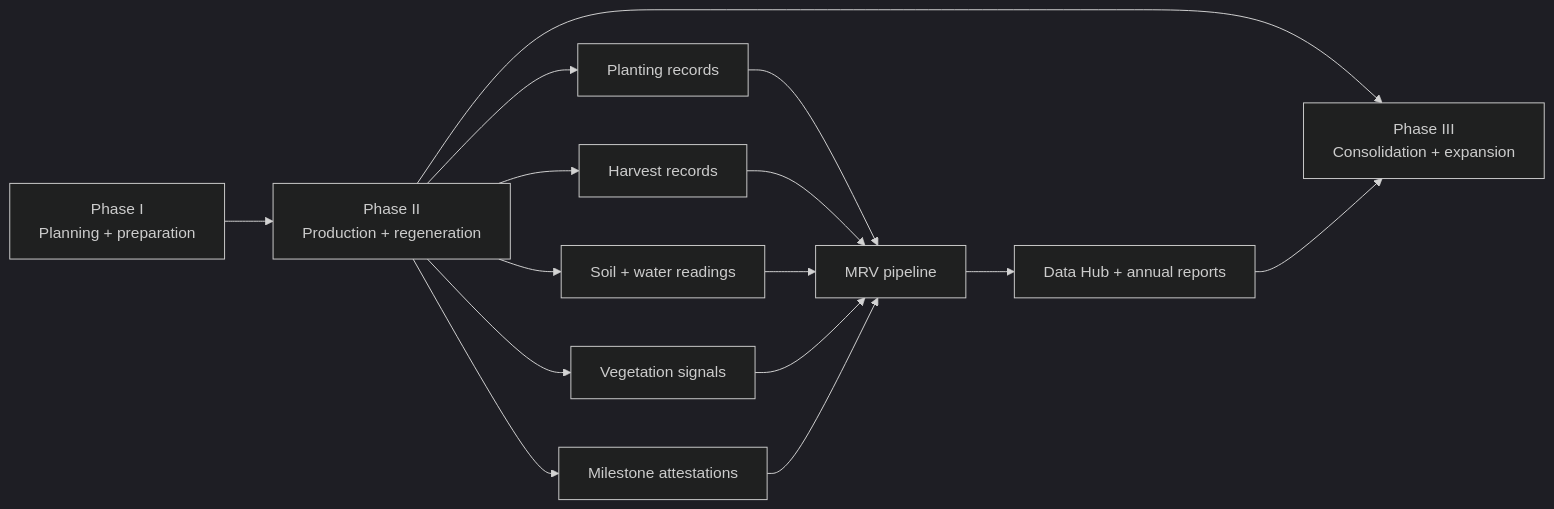
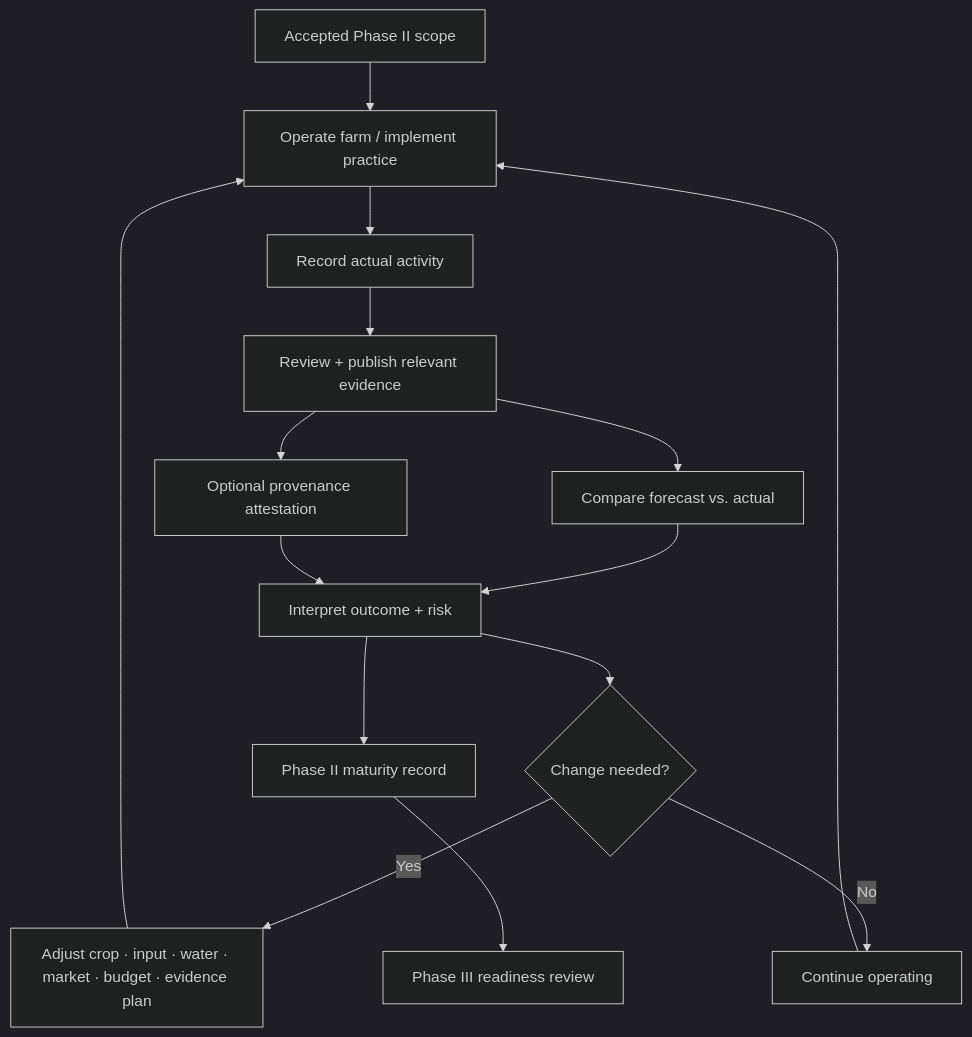
The first of 3 diagrams in kokonut-framework/development-phases/phase-ii.mdx (wasalo/Kokonut-Public-Site), drawn with Mermaid (dark theme) before and after one commit. The commit also changed other lines of this file, not shown here.

Commit message:
docs(kokonut-framework): improve Phase II operations

````diff
--- a/kokonut-framework/development-phases/phase-ii.mdx
+++ b/kokonut-framework/development-phases/phase-ii.mdx
@@ -62,20 +70,21 @@
 ```mermaid
-flowchart LR
-    A["Phase I\nPlanning + preparation"] --> B["Phase II\nProduction + regeneration"]
-    B --> C["Phase III\nConsolidation + expansion"]
+flowchart TD
+    A["Accepted Phase II scope"] --> B["Operate farm / implement practice"]
+    B --> C["Record actual activity"]
+    C --> D["Review + publish relevant evidence"]
+    D --> E["Compare forecast vs. actual"]
+    E --> F["Interpret outcome + risk"]
+    F --> G{"Change needed?"}
 
-    B --> D["Planting records"]
-    B --> E["Harvest records"]
-    B --> F["Soil + water readings"]
-    B --> G["Vegetation signals"]
-    B --> H["Milestone attestations"]
+    G -->|Yes| H["Adjust crop · input · water · market · budget · evidence plan"]
+    H --> B
 
-    D --> I["MRV pipeline"]
-    E --> I
-    F --> I
-    G --> I
-    H --> I
+    G -->|No| I["Continue operating"]
+    I --> B
 
-    I --> J["Data Hub + annual reports"]
-    J --> C
+    D --> J["Optional provenance attestation"]
+    J --> F
+
+    F --> K["Phase II maturity record"]
+    K --> L["Phase III readiness review"]
 ```
````
